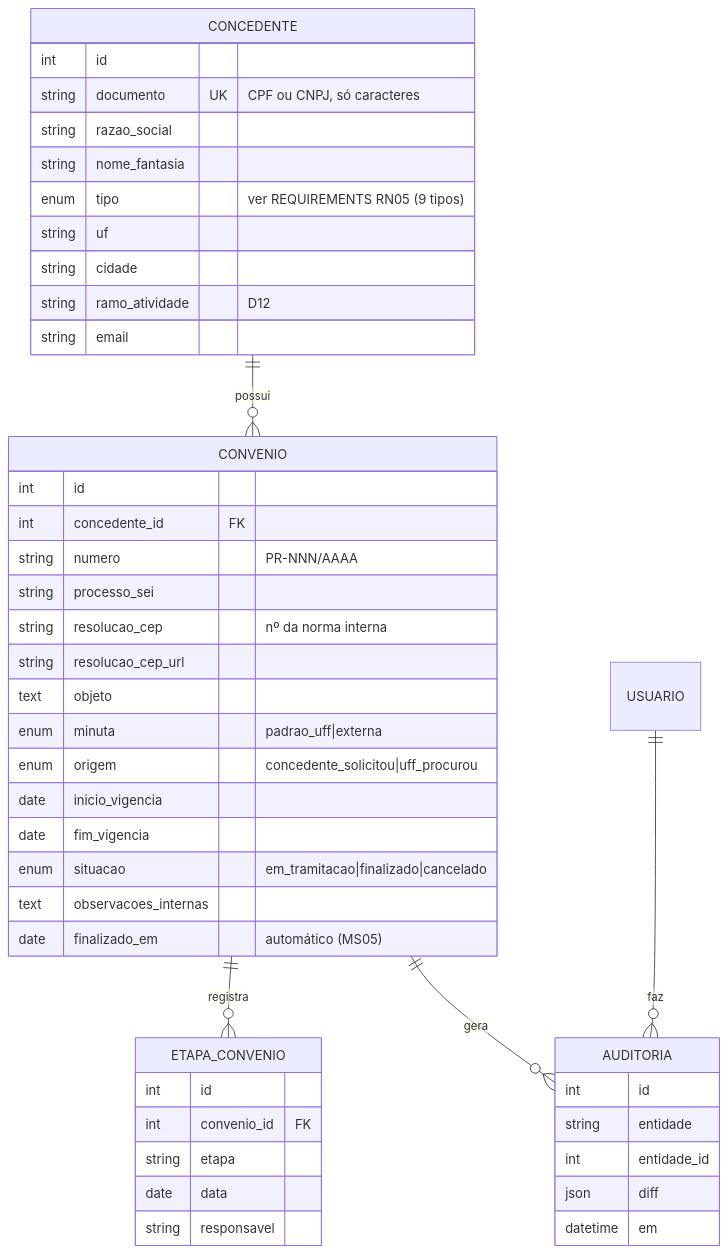
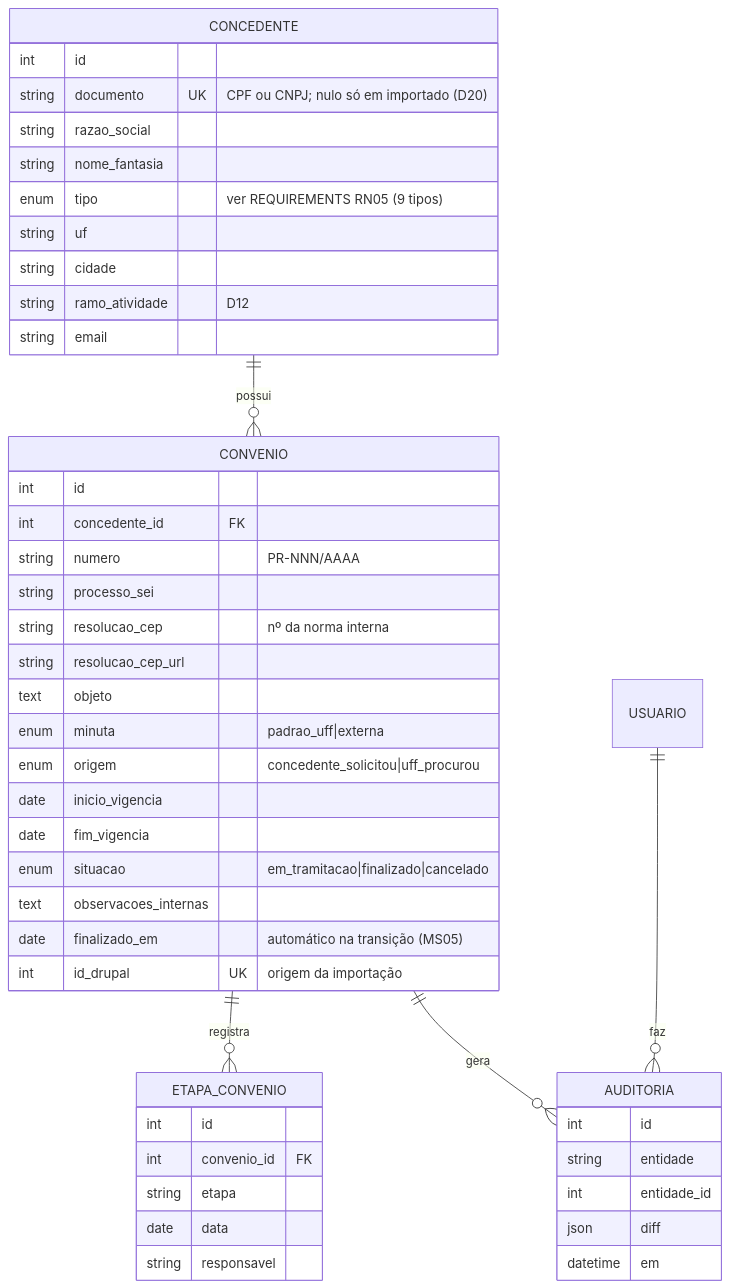
Before and after one commit to estudio-max/estagio-da-uff: the third of 3 diagrams in ARCHITECTURE.md, drawn with Mermaid. The commit also changed other lines of this file and 11 other files, not shown here.

````diff
--- a/ARCHITECTURE.md
+++ b/ARCHITECTURE.md
@@ -43,48 +43,49 @@
 ```mermaid
 erDiagram
   CONCEDENTE ||--o{ CONVENIO : possui
   CONVENIO ||--o{ ETAPA_CONVENIO : registra
   CONVENIO ||--o{ AUDITORIA : gera
   USUARIO ||--o{ AUDITORIA : faz
   CONCEDENTE {
     int id
-    string documento UK "CPF ou CNPJ, só caracteres"
+    string documento UK "CPF ou CNPJ; nulo só em importado (D20)"
     string razao_social
     string nome_fantasia
     enum tipo "ver REQUIREMENTS RN05 (9 tipos)"
     string uf
     string cidade
     string ramo_atividade "D12"
     string email
   }
   CONVENIO {
     int id
     int concedente_id FK
     string numero "PR-NNN/AAAA"
     string processo_sei
     string resolucao_cep "nº da norma interna"
     string resolucao_cep_url
     text objeto
     enum minuta "padrao_uff|externa"
     enum origem "concedente_solicitou|uff_procurou"
     date inicio_vigencia
     date fim_vigencia
     enum situacao "em_tramitacao|finalizado|cancelado"
     text observacoes_internas
-    date finalizado_em "automático (MS05)"
+    date finalizado_em "automático na transição (MS05)"
+    int id_drupal UK "origem da importação"
   }
   ETAPA_CONVENIO {
     int id
     int convenio_id FK
     string etapa
     date data
     string responsavel
   }
   AUDITORIA {
     int id
     string entidade
     int entidade_id
     json diff
     datetime em
   }
 ```
````
